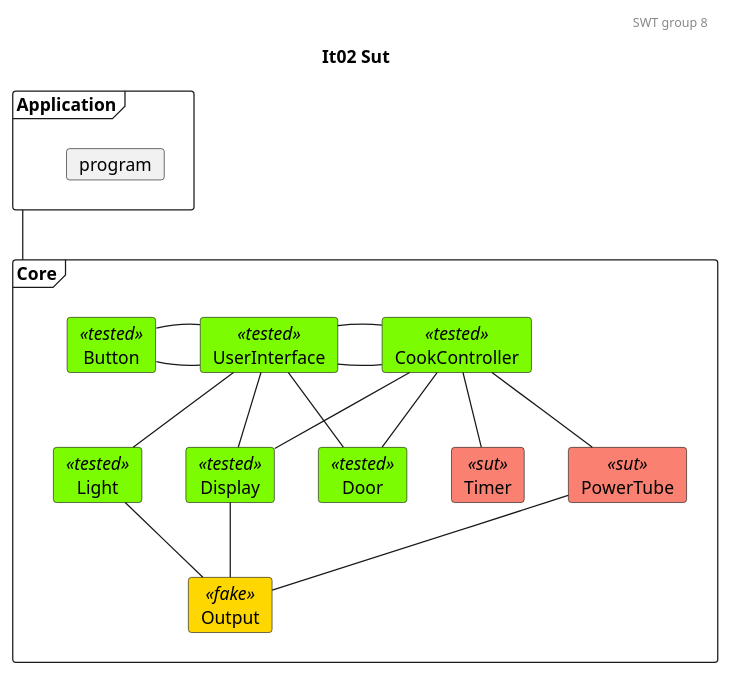
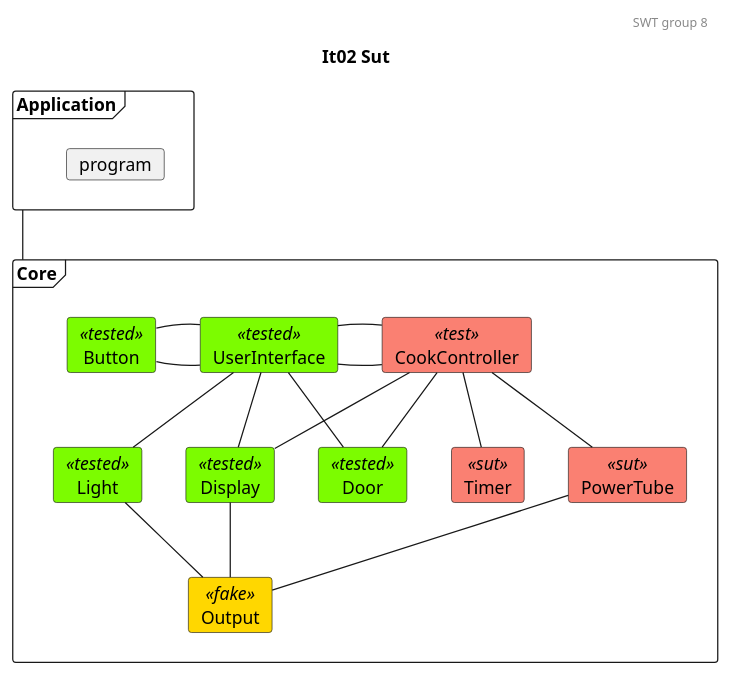
One commit to mikkel-ol/I4SWT-MicrowaveOven changed the diagram in docs/SysTestTree2.plantuml. Above: the diagram before and after it, drawn with PlantUML. The commit also changed 2 other files, not shown here.

```diff
--- a/docs/SysTestTree2.plantuml
+++ b/docs/SysTestTree2.plantuml
@@ -1,61 +1,61 @@
 @startuml
 
 'Testing colors:
 skinparam card{
     backgroundColor<<tested>> lawngreen
     backgroundColor<<sut>> salmon
     backgroundColor<<test>> salmon
     backgroundColor<<fake>> gold
 }
 
 header SWT group 8
 title It02 Sut
 
 frame Application{
     card program
 }
 
 frame Core{
     card UserInterface<<tested>>
-    card CookController<<tested>>
+    card CookController<<test>>
 
     card Door<<tested>>
     card Light<<tested>>
     card Timer<<sut>>
     card PowerTube<<sut>>
     card Display<<tested>>
     card Output<<fake>>
     card Button<<tested>>
 }
 
 'Relations projects
 ' 0. to 1.
 Application -- Core
 
 'Relations CookController:
 '1.
 CookController - UserInterface
 '1. to 2.
 CookController -- Door
 CookController -- Timer
 CookController -- PowerTube
 CookController -- Display
 
 'Relations UserInterface:
 '1.
 UserInterface - CookController
 Button - UserInterface 
 UserInterface - Button
 
 '1. to 2.
 UserInterface -- Light
 UserInterface -- Door
 UserInterface -- Display
 ' Relations 2. to 3.
 Light -- Output
 Display -- Output
 PowerTube -- Output
 
 
 
 @enduml
```
